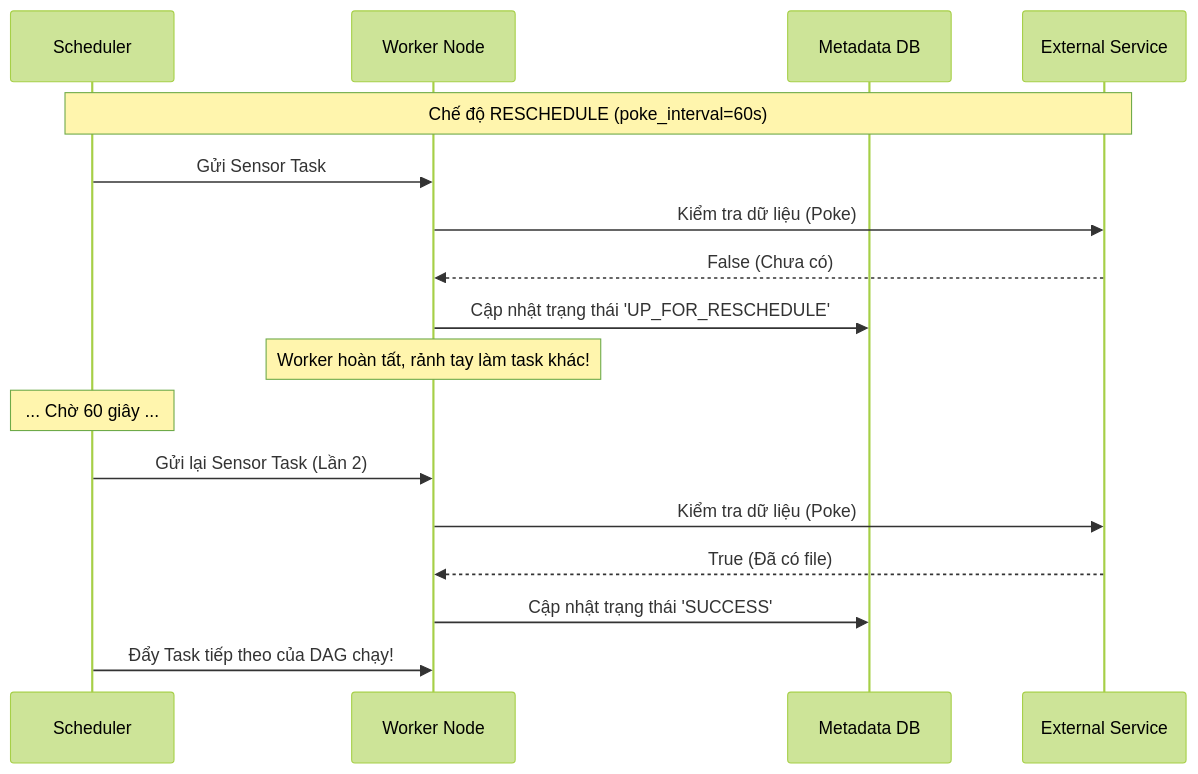
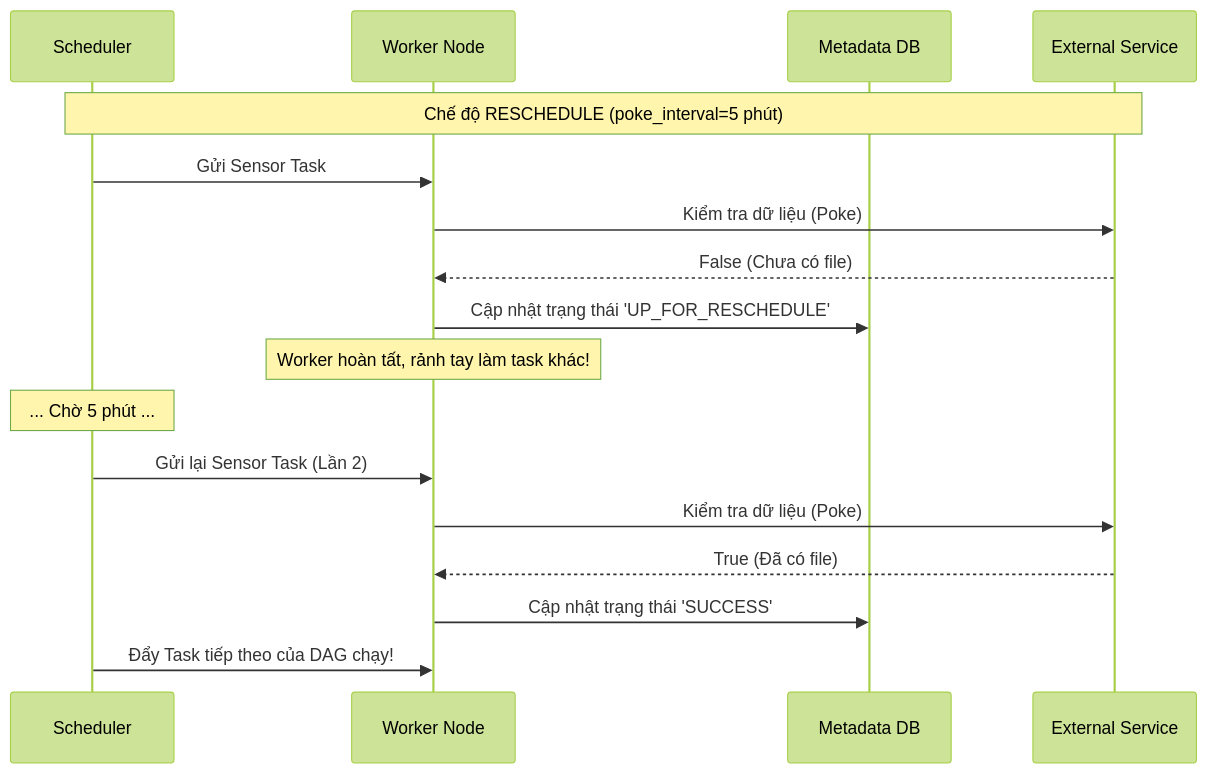
One commit to kythuatdulieu/kythuatdulieu.github.io changed the diagram in src/content/docs/concepts/sensors.md. Above: the diagram before and after it, drawn with Mermaid (forest theme). The commit also changed other lines of this file and 179 other files, not shown here.

Commit message:
fix: build error and mermaid theme

````diff
--- a/src/content/docs/concepts/sensors.md
+++ b/src/content/docs/concepts/sensors.md
@@ -70,22 +52,22 @@
 ```mermaid
 sequenceDiagram
     participant S as Scheduler
     participant W as Worker Node
     participant DB as Metadata DB
     participant API as External Service
-
-    Note over S, API: Chế độ RESCHEDULE (poke_interval=60s)
+ 
+    Note over S, API: Chế độ RESCHEDULE (poke_interval=5 phút)
     S->>W: Gửi Sensor Task
     W->>API: Kiểm tra dữ liệu (Poke)
-    API-->>W: False (Chưa có)
+    API-->>W: False (Chưa có file)
     W->>DB: Cập nhật trạng thái 'UP_FOR_RESCHEDULE'
     Note over W: Worker hoàn tất, rảnh tay làm task khác!
     
-    Note over S: ... Chờ 60 giây ...
+    Note over S: ... Chờ 5 phút ...
     
     S->>W: Gửi lại Sensor Task (Lần 2)
     W->>API: Kiểm tra dữ liệu (Poke)
     API-->>W: True (Đã có file)
     W->>DB: Cập nhật trạng thái 'SUCCESS'
     S->>W: Đẩy Task tiếp theo của DAG chạy!
 ```
````
